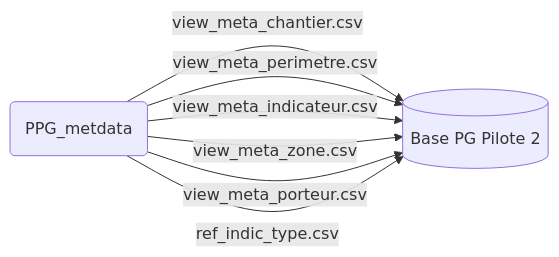
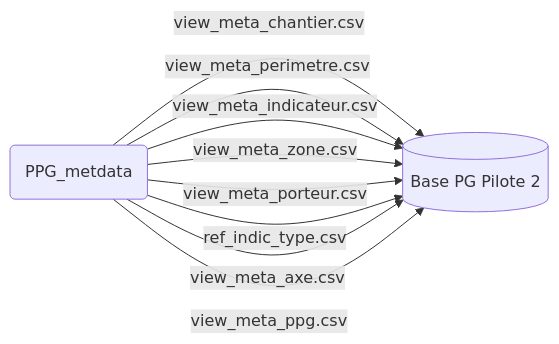
Before and after one commit to DITP-pilotage/pilote-2: the second of 4 diagrams in data/README.md, drawn with Mermaid. The commit also changed 4 other files, not shown here.

Commit message:
feat: ajout des tables metadata axe et ppg et colonne porteur_name_short (130)

````diff
--- a/data/README.md
+++ b/data/README.md
@@ -182,9 +182,11 @@
 ``` mermaid
 graph LR
 PPG(PPG_metdata) --> |view_meta_chantier.csv| PG[(Base PG Pilote 2)]
 PPG --> |view_meta_perimetre.csv| PG
 PPG --> |view_meta_indicateur.csv| PG
 PPG --> |view_meta_zone.csv| PG
 PPG --> |view_meta_porteur.csv| PG
 PPG --> |ref_indic_type.csv| PG
+PPG --> |view_meta_axe.csv| PG
+PPG --> |view_meta_ppg.csv| PG
 ```
````
